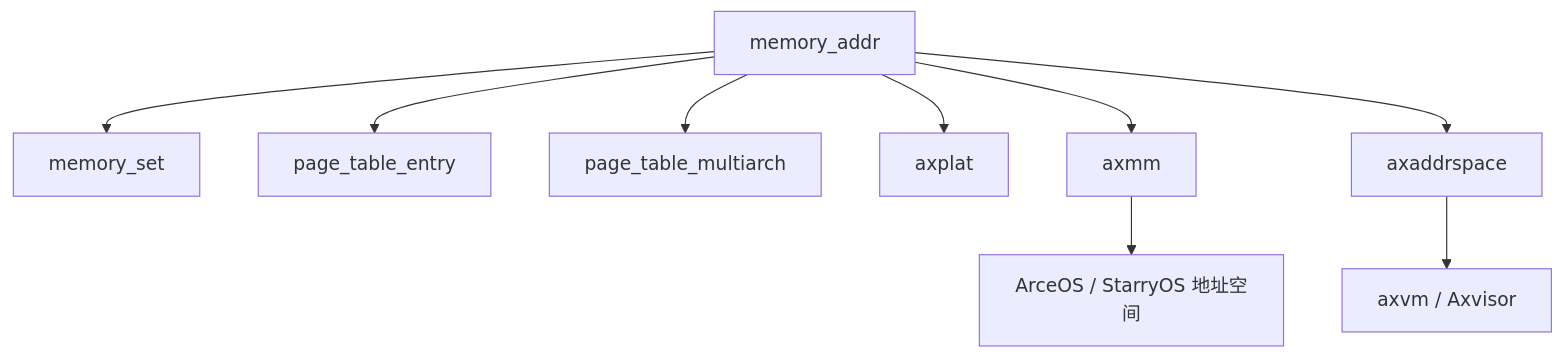
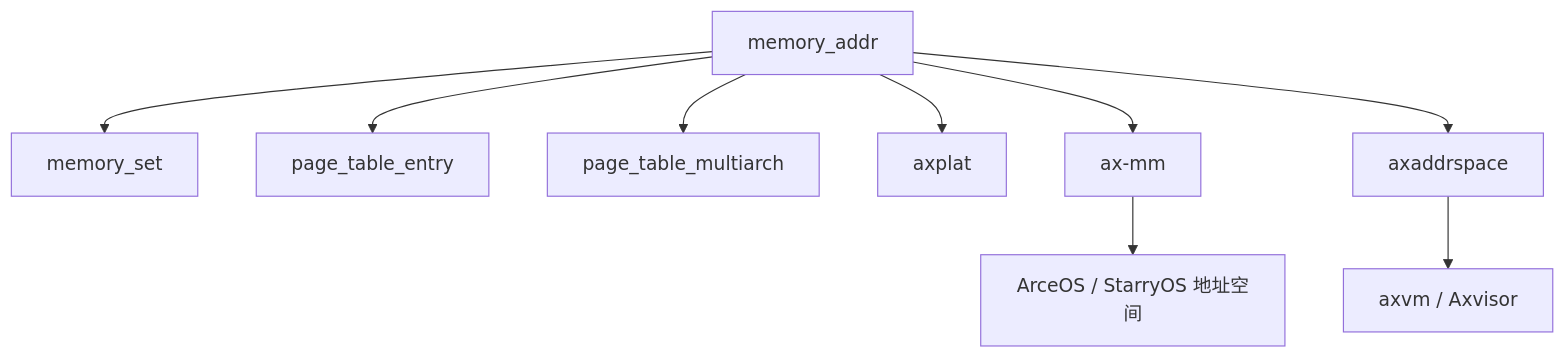
One commit to zKurisu/tgoskits changed the diagram in docs/crates/memory_addr.md. Above: the diagram before and after it, drawn with Mermaid. The commit also changed other lines of this file and 34 other files, not shown here.

````diff
--- a/docs/crates/memory_addr.md
+++ b/docs/crates/memory_addr.md
@@ -173,12 +173,12 @@
 ```mermaid
 graph TD
     A[memory_addr]
     A --> B[memory_set]
     A --> C[page_table_entry]
     A --> D[page_table_multiarch]
     A --> E[axplat]
-    A --> F[axmm]
+    A --> F[ax-mm]
     A --> G[axaddrspace]
     G --> H[axvm / Axvisor]
     F --> I[ArceOS / StarryOS 地址空间]
 ```
````
